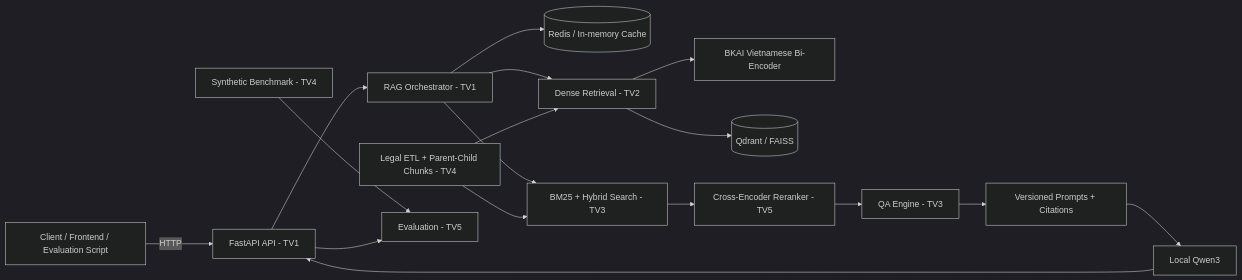
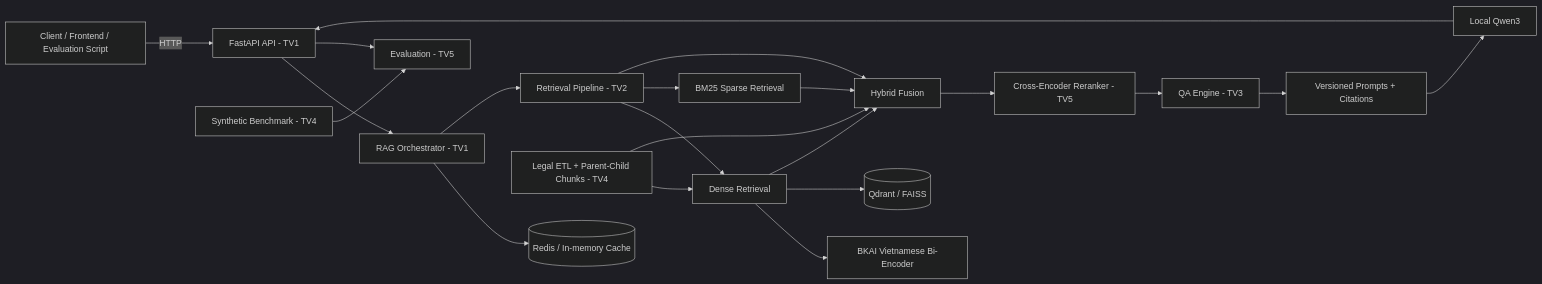
One commit to solvarhuynh/UIT-Data-Science-Challenge-2026 changed the diagram in README.md. Above: the diagram before and after it, drawn with Mermaid (dark theme). The commit also changed other lines of this file and 2 other files, not shown here.

Commit message:
docs: realign TV2 retrieval and TV3 QA ownership

````diff
--- a/README.md
+++ b/README.md
@@ -24,19 +24,23 @@
 ```mermaid
 flowchart LR
     C[Client / Frontend / Evaluation Script] -->|HTTP| API[FastAPI API - TV1]
     API --> O[RAG Orchestrator - TV1]
     O --> Cache[(Redis / In-memory Cache)]
-    O --> D[Dense Retrieval - TV2]
+    O --> RP[Retrieval Pipeline - TV2]
+    RP --> D[Dense Retrieval]
     D --> E[BKAI Vietnamese Bi-Encoder]
     D --> V[(Qdrant / FAISS)]
-    O --> H[BM25 + Hybrid Search - TV3]
+    RP --> S[BM25 Sparse Retrieval]
+    RP --> H[Hybrid Fusion]
+    S --> H
+    D --> H
     H --> R[Cross-Encoder Reranker - TV5]
     R --> Q[QA Engine - TV3]
     Q --> P[Versioned Prompts + Citations]
     P --> L[Local Qwen3]
     L --> API
     ETL[Legal ETL + Parent-Child Chunks - TV4] --> D
     ETL --> H
     Bench[Synthetic Benchmark - TV4] --> Eval[Evaluation - TV5]
     API --> Eval
 ```
````
